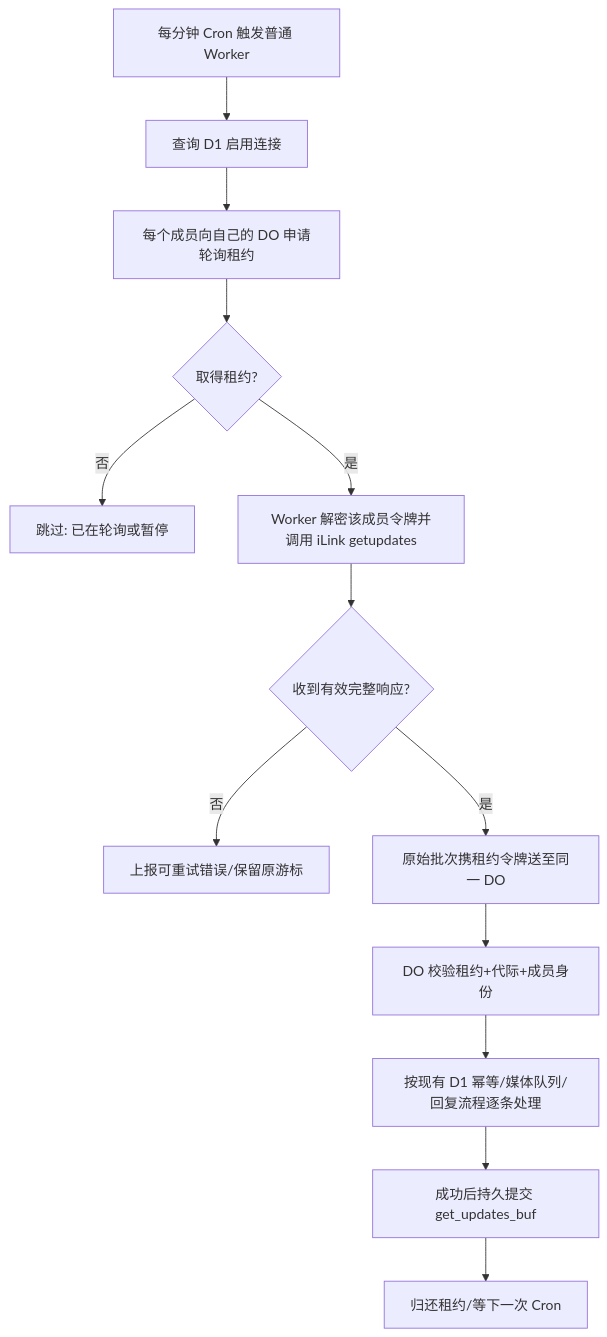
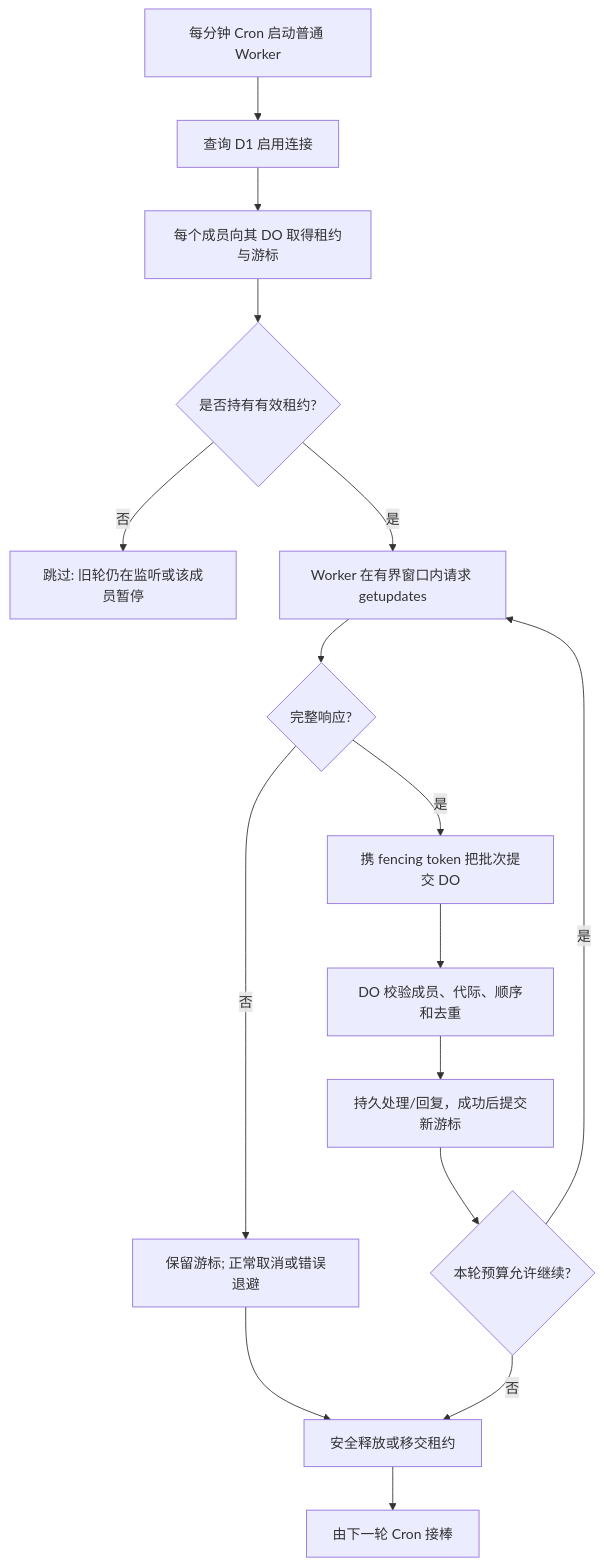
One commit to zhajiahe/babymemo changed the diagram in docs/wechat-transport-architecture.md. Above: the diagram before and after it, drawn with Mermaid. The commit also changed other lines of this file, not shown here.

Commit message:
docs(adr): continuous per-minute Worker polling windows and sub-5s target with fencing handoff

````diff
--- a/docs/wechat-transport-architecture.md
+++ b/docs/wechat-transport-architecture.md
@@ -38,15 +66,18 @@
 ```mermaid
 flowchart TD
-  A[每分钟 Cron 触发普通 Worker] --> B[查询 D1 启用连接]
-  B --> C[每个成员向自己的 DO 申请轮询租约]
-  C --> D{取得租约?}
-  D -- 否 --> E[跳过: 已在轮询或暂停]
-  D -- 是 --> F[Worker 解密该成员令牌并调用 iLink getupdates]
-  F --> G{收到有效完整响应?}
-  G -- 否 --> H[上报可重试错误/保留原游标]
-  G -- 是 --> I[原始批次携租约令牌送至同一 DO]
-  I --> J[DO 校验租约+代际+成员身份]
-  J --> K[按现有 D1 幂等/媒体队列/回复流程逐条处理]
-  K --> L[成功后持久提交 get_updates_buf]
-  L --> M[归还租约/等下一次 Cron]
+  A[每分钟 Cron 启动普通 Worker] --> B[查询 D1 启用连接]
+  B --> C[每个成员向其 DO 取得租约与游标]
+  C --> D{是否持有有效租约?}
+  D -- 否 --> E[跳过: 旧轮仍在监听或该成员暂停]
+  D -- 是 --> F[Worker 在有界窗口内请求 getupdates]
+  F --> G{完整响应?}
+  G -- 否 --> H[保留游标; 正常取消或错误退避]
+  G -- 是 --> I[携 fencing token 把批次提交 DO]
+  I --> J[DO 校验成员、代际、顺序和去重]
+  J --> K[持久处理/回复，成功后提交新游标]
+  K --> L{本轮预算允许继续?}
+  L -- 是 --> F
+  L -- 否 --> M[安全释放或移交租约]
+  H --> M
+  M --> N[由下一轮 Cron 接棒]
 ```
````
